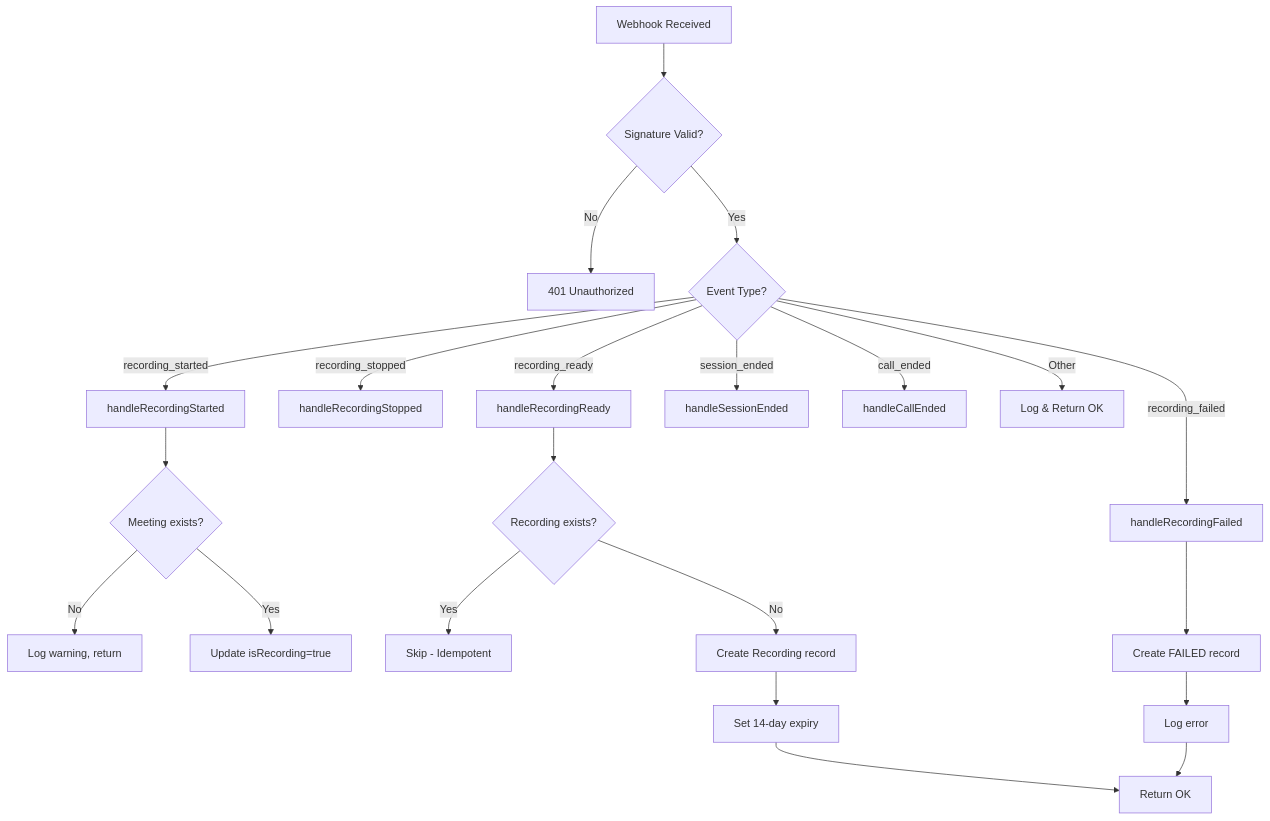
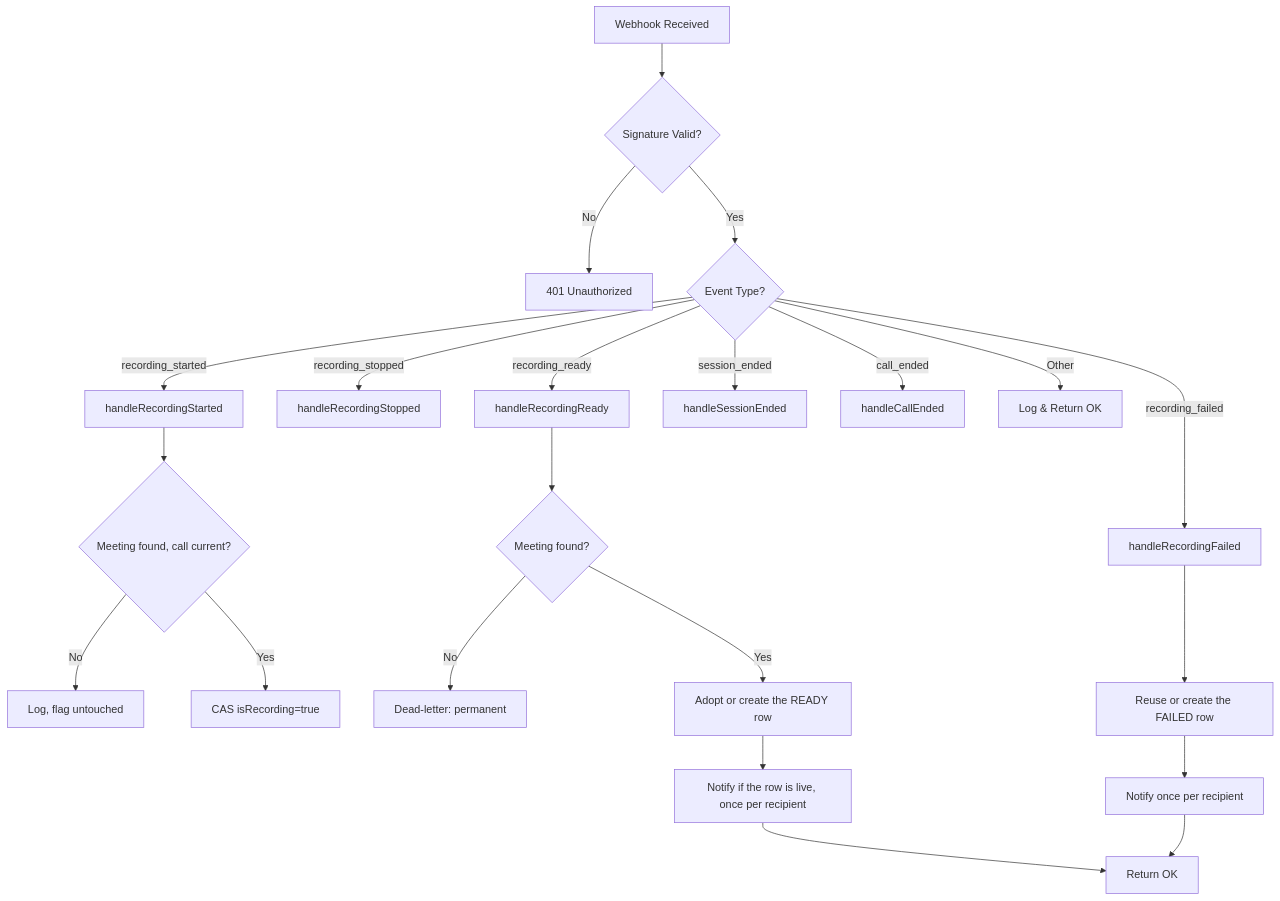
One commit to Practitionist/familiarise_web changed the sixth of 7 diagrams in docs/stream/13-recording-webhooks.md. Above: the diagram before and after it, drawn with Mermaid. The commit also changed other lines of this file and 2 other files, not shown here.

Commit message:
docs(recordings): record the lifecycle enforcers, Stream-copy deletion and notice dedupe

````diff
--- a/docs/stream/13-recording-webhooks.md
+++ b/docs/stream/13-recording-webhooks.md
@@ -442,28 +446,28 @@
 ```mermaid
 flowchart TD
     A[Webhook Received] --> B{Signature Valid?}
     B -->|No| C[401 Unauthorized]
     B -->|Yes| D{Event Type?}
 
     D -->|recording_started| E[handleRecordingStarted]
     D -->|recording_stopped| F[handleRecordingStopped]
     D -->|recording_ready| G[handleRecordingReady]
     D -->|recording_failed| H[handleRecordingFailed]
     D -->|session_ended| I[handleSessionEnded]
     D -->|call_ended| J[handleCallEnded]
     D -->|Other| K[Log & Return OK]
 
-    E --> L{Meeting exists?}
-    L -->|No| M[Log warning, return]
-    L -->|Yes| N[Update isRecording=true]
+    E --> L{Meeting found, call current?}
+    L -->|No| M[Log, flag untouched]
+    L -->|Yes| N[CAS isRecording=true]
 
-    G --> O{Recording exists?}
-    O -->|Yes| P[Skip - Idempotent]
-    O -->|No| Q[Create Recording record]
-    Q --> R[Set 14-day expiry]
+    G --> O{Meeting found?}
+    O -->|No| P[Dead-letter: permanent]
+    O -->|Yes| Q[Adopt or create the READY row]
+    Q --> R[Notify if the row is live, once per recipient]
     R --> S[Return OK]
 
-    H --> T[Create FAILED record]
-    T --> U[Log error]
+    H --> T[Reuse or create the FAILED row]
+    T --> U[Notify once per recipient]
     U --> S
 ```
````
